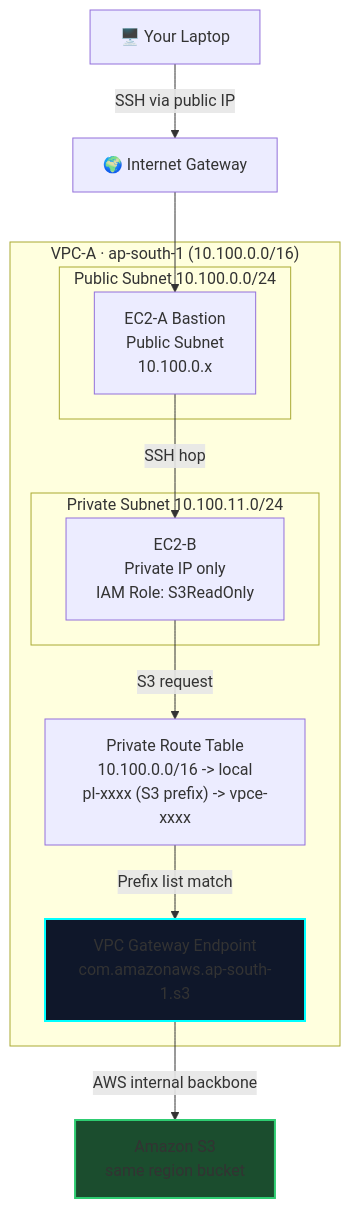
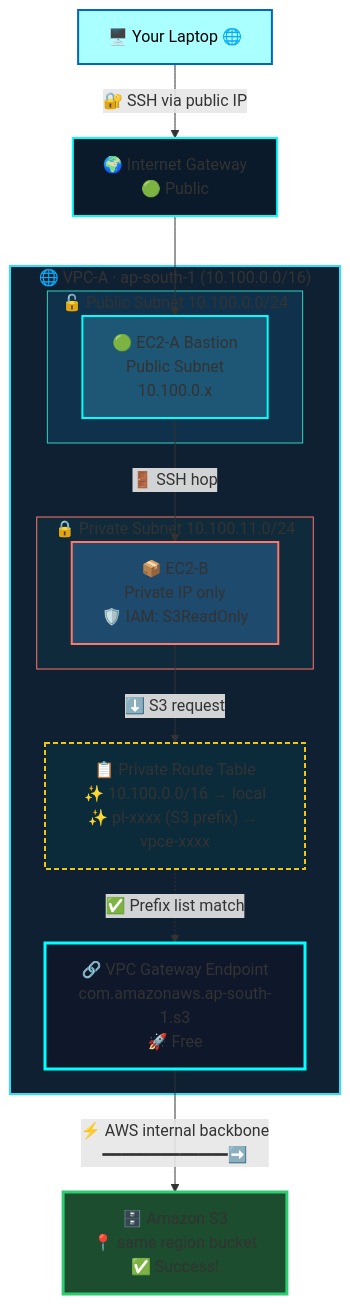
Before and after one commit to social9009/-VPC-Gateway-endpoint-for-S3: the diagram in README.md, drawn with Mermaid.

````diff
--- a/README.md
+++ b/README.md
@@ -22,24 +22,33 @@
 ```mermaid
 flowchart TB
-    User["🖥️ Your Laptop"] -->|"SSH via public IP"| IGW["🌍 Internet Gateway"]
-    IGW --> EC2A["EC2-A Bastion<br/>Public Subnet<br/>10.100.0.x"]
+    User["🖥️ Your Laptop 🌐"] -->|"🔐 SSH via public IP"| IGW["🌍 Internet Gateway<br/>🟢 Public"]
 
-    subgraph VPC ["VPC-A · ap-south-1 (10.100.0.0/16)"]
-        subgraph Public ["Public Subnet 10.100.0.0/24"]
+    IGW --> EC2A["🟢 EC2-A Bastion<br/>Public Subnet<br/>10.100.0.x"]
+
+    subgraph VPC ["🌐 VPC-A · ap-south-1 (10.100.0.0/16)"]
+        subgraph Public ["🔓 Public Subnet 10.100.0.0/24"]
             EC2A
         end
-        subgraph Private ["Private Subnet 10.100.11.0/24"]
-            EC2B["EC2-B<br/>Private IP only<br/>IAM Role: S3ReadOnly"]
+        subgraph Private ["🔒 Private Subnet 10.100.11.0/24"]
+            EC2B["📦 EC2-B<br/>Private IP only<br/>🛡️ IAM: S3ReadOnly"]
         end
-        RT_Private["Private Route Table<br/>10.100.0.0/16 -> local<br/>pl-xxxx (S3 prefix) -> vpce-xxxx"]
-        GWEP["VPC Gateway Endpoint<br/>com.amazonaws.ap-south-1.s3"]
+        RT_Private["📋 Private Route Table<br/>✨ 10.100.0.0/16 → local<br/>✨ pl-xxxx (S3 prefix) → vpce-xxxx"]
+        GWEP["🔗 VPC Gateway Endpoint<br/>com.amazonaws.ap-south-1.s3<br/>🚀 Free"]
     end
 
-    EC2A -->|"SSH hop"| EC2B
-    EC2B -->|"S3 request"| RT_Private
-    RT_Private -->|"Prefix list match"| GWEP
-    GWEP -->|"AWS internal backbone"| S3["Amazon S3<br/>same region bucket"]
+    EC2A -->|"🚪 SSH hop"| EC2B
+    EC2B -->|"⬇️ S3 request"| RT_Private
+    RT_Private -.->|"✅ Prefix list match"| GWEP
+    GWEP -->|"⚡ AWS internal backbone<br/>━━━━━━━━━━━━━➡️"| S3["🗄️ Amazon S3<br/>📍 same region bucket<br/>✅ Success!"]
 
-    style GWEP fill:#0f172a,stroke:#0ff,stroke-width:2px
-    style S3 fill:#1b4d2e,stroke:#2ecc71,stroke-width:2px
+    style User fill:#aaffff,stroke:#0066cc,stroke-width:2px,color:#000
+    style IGW fill:#0a1a2a,stroke:#0ff,stroke-width:2px
+    style EC2A fill:#1e5775,stroke:#0ff,stroke-width:2px
+    style EC2B fill:#1e4a6e,stroke:#f76,stroke-width:2px
+    style RT_Private fill:#0b2b3b,stroke:#f1c40f,stroke-width:2px,stroke-dasharray:5 3
+    style GWEP fill:#0f172a,stroke:#0ff,stroke-width:3px
+    style S3 fill:#1b4d2e,stroke:#2ecc71,stroke-width:3px
+    style VPC fill:#102033,stroke:#28e1ff,stroke-width:2px
+    style Public fill:#10314b,stroke:#2dd4bf,stroke-width:1px
+    style Private fill:#0f2a3a,stroke:#f76,stroke-width:1px
 ```
````
